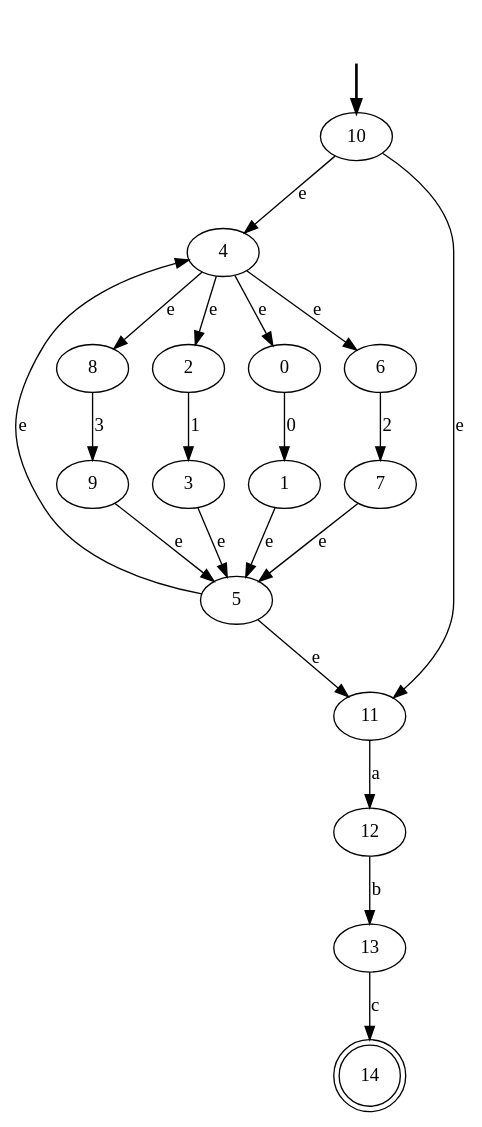
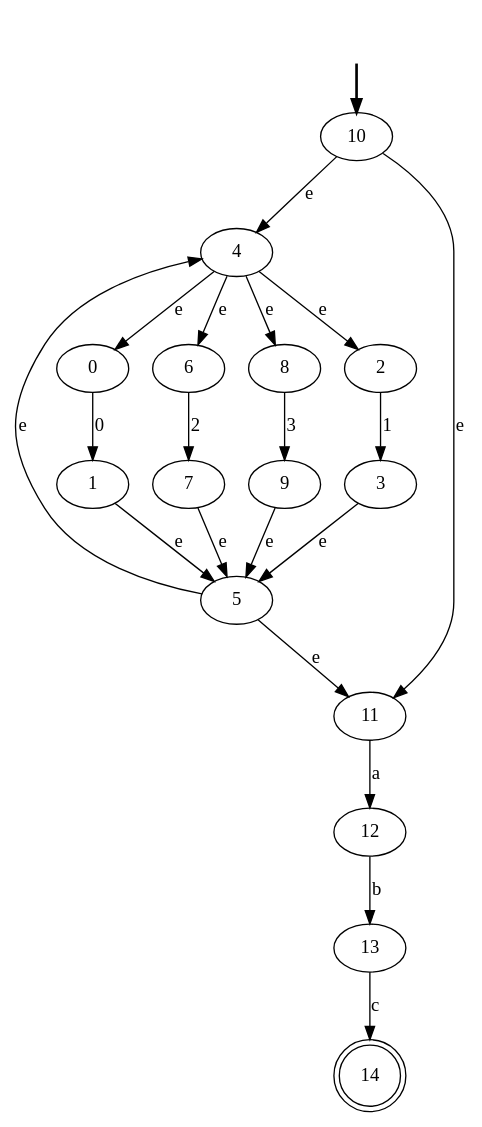
The diagram in Tarea 1/graphic_NFA.dot (maupeon/Compiladores), drawn with Graphviz before and after one commit. The commit also changed other lines of this file and 5 other files, not shown here.

```diff
--- a/Tarea 1/graphic_NFA.dot
+++ b/Tarea 1/graphic_NFA.dot
@@ -1,38 +1,38 @@
 digraph {
 	fake0 [style=invisible]
+	13
+	0
+	6
+	1
+	10 [root=true]
+	14 [shape=doublecircle]
+	5
 	8
+	9
+	12
+	3
 	2
-	3
-	10 [root=true]
-	12
-	13
-	14 [shape=doublecircle]
-	0
+	4
 	7
-	6
-	5
-	4
-	9
 	11
-	1
 	fake0 -> 10 [style=bold]
 	0 -> 1 [label=0]
 	2 -> 3 [label=1]
-	4 -> 8 [label=e]
 	4 -> 2 [label=e]
 	4 -> 0 [label=e]
 	4 -> 6 [label=e]
+	4 -> 8 [label=e]
 	1 -> 5 [label=e]
 	3 -> 5 [label=e]
 	6 -> 7 [label=2]
 	7 -> 5 [label=e]
 	8 -> 9 [label=3]
 	9 -> 5 [label=e]
 	10 -> 11 [label=e]
 	10 -> 4 [label=e]
 	5 -> 11 [label=e]
 	5 -> 4 [label=e]
 	11 -> 12 [label=a]
 	12 -> 13 [label=b]
 	13 -> 14 [label=c]
 }
```
